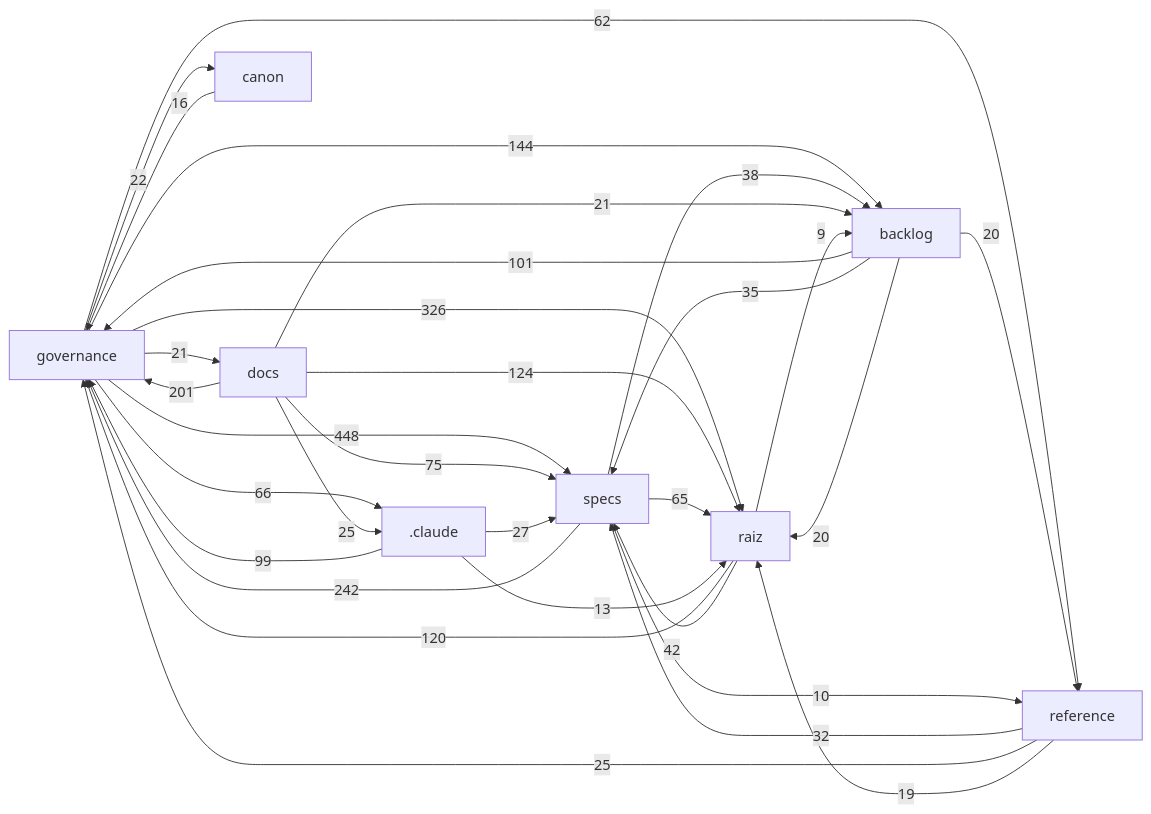
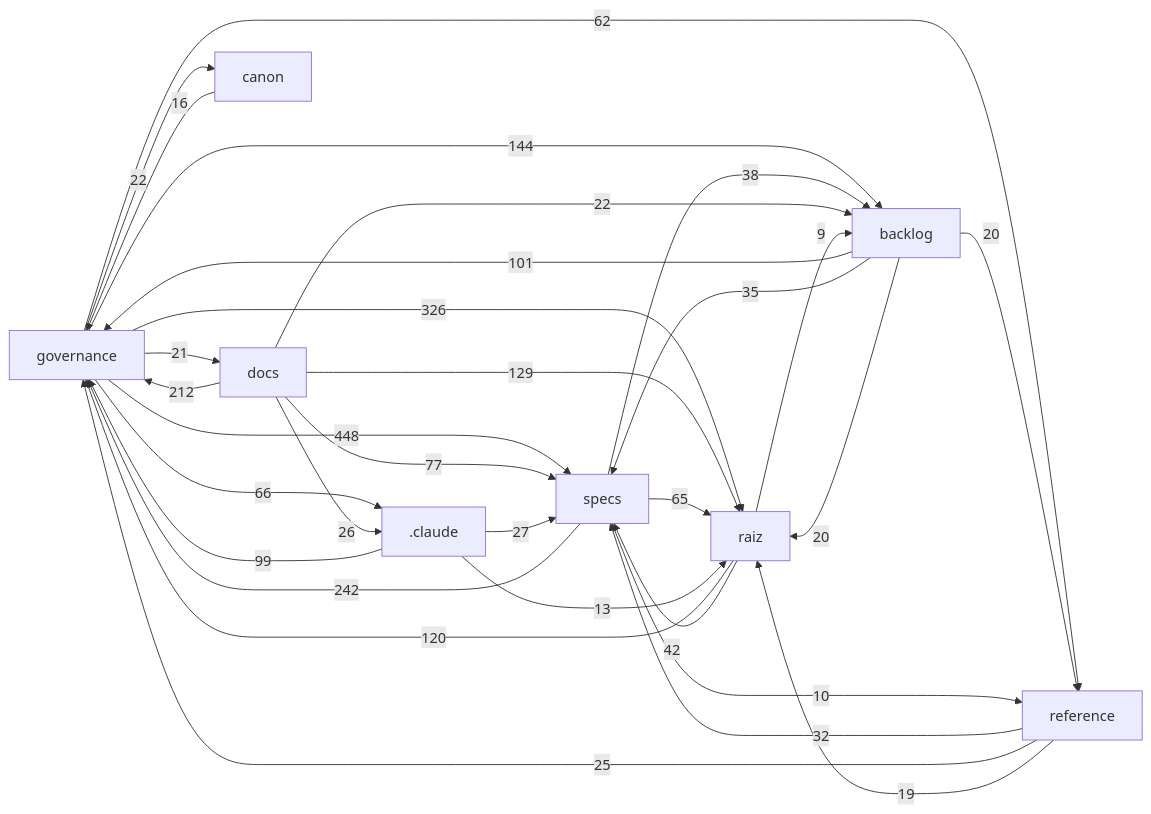
The diagram in docs/mapa/MAPA-PROJETO.md (Andraus35/Sistema-Operacional-de-Trading--SOT), drawn with Mermaid before and after one commit. The commit also changed other lines of this file and 7 other files, not shown here.

````diff
--- a/docs/mapa/MAPA-PROJETO.md
+++ b/docs/mapa/MAPA-PROJETO.md
@@ -29,33 +29,33 @@
 ```mermaid
 flowchart LR
   governance["governance"] -->|448| specs["specs"]
   governance["governance"] -->|326| raiz["raiz"]
   specs["specs"] -->|242| governance["governance"]
-  docs["docs"] -->|201| governance["governance"]
+  docs["docs"] -->|212| governance["governance"]
   governance["governance"] -->|144| backlog["backlog"]
-  docs["docs"] -->|124| raiz["raiz"]
+  docs["docs"] -->|129| raiz["raiz"]
   raiz["raiz"] -->|120| governance["governance"]
   backlog["backlog"] -->|101| governance["governance"]
   _claude[".claude"] -->|99| governance["governance"]
-  docs["docs"] -->|75| specs["specs"]
+  docs["docs"] -->|77| specs["specs"]
   governance["governance"] -->|66| _claude[".claude"]
   specs["specs"] -->|65| raiz["raiz"]
   governance["governance"] -->|62| reference["reference"]
   raiz["raiz"] -->|42| specs["specs"]
   specs["specs"] -->|38| backlog["backlog"]
   backlog["backlog"] -->|35| specs["specs"]
   reference["reference"] -->|32| specs["specs"]
   _claude[".claude"] -->|27| specs["specs"]
-  docs["docs"] -->|25| _claude[".claude"]
+  docs["docs"] -->|26| _claude[".claude"]
   reference["reference"] -->|25| governance["governance"]
+  docs["docs"] -->|22| backlog["backlog"]
   governance["governance"] -->|22| canon["canon"]
-  docs["docs"] -->|21| backlog["backlog"]
   governance["governance"] -->|21| docs["docs"]
   backlog["backlog"] -->|20| raiz["raiz"]
   backlog["backlog"] -->|20| reference["reference"]
   reference["reference"] -->|19| raiz["raiz"]
   canon["canon"] -->|16| governance["governance"]
   _claude[".claude"] -->|13| raiz["raiz"]
   specs["specs"] -->|10| reference["reference"]
   raiz["raiz"] -->|9| backlog["backlog"]
 ```
````
